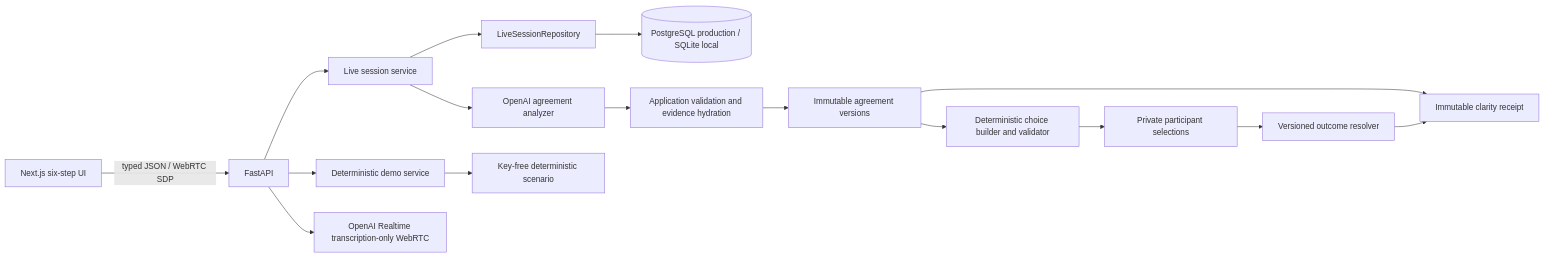
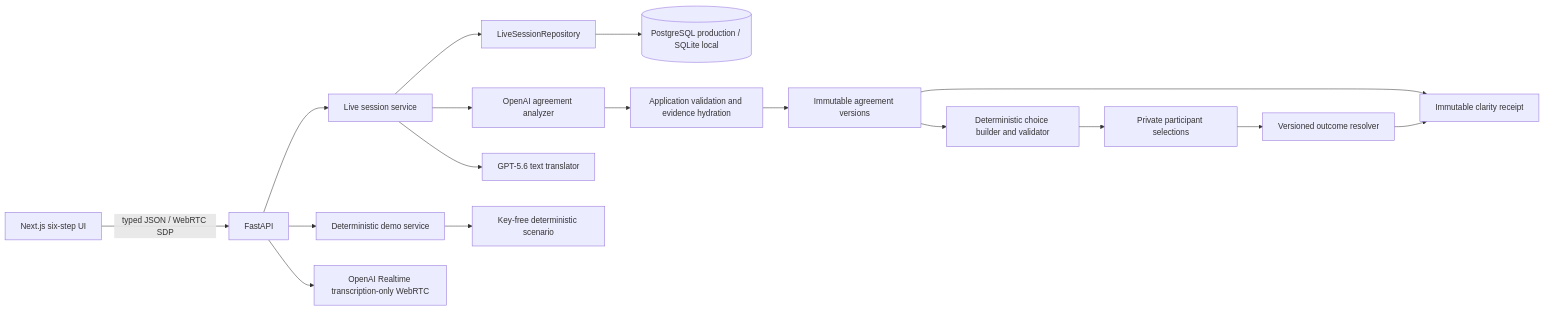
Before and after one commit to SarangMarkandey/meaning-sync: the first of 2 diagrams in docs/architecture.md, drawn with Mermaid. The commit also changed other lines of this file and 68 other files, not shown here.

Commit message:
feat: complete submission-ready bilingual MeaningSync flow

````diff
--- a/docs/architecture.md
+++ b/docs/architecture.md
@@ -19,18 +19,19 @@
 ```mermaid
 flowchart LR
   Browser[Next.js six-step UI] -->|typed JSON / WebRTC SDP| API[FastAPI]
   API --> Live[Live session service]
   Live --> Repo[LiveSessionRepository]
   Repo --> SQL[(PostgreSQL production / SQLite local)]
   API --> Demo[Deterministic demo service]
   Live --> Analyzer[OpenAI agreement analyzer]
   API --> Realtime[OpenAI Realtime transcription-only WebRTC]
+  Live --> Translator[GPT-5.6 text translator]
   Analyzer --> Validate[Application validation and evidence hydration]
   Validate --> Versions[Immutable agreement versions]
   Versions --> Questions[Deterministic choice builder and validator]
   Questions --> Selections[Private participant selections]
   Selections --> Outcomes[Versioned outcome resolver]
   Versions --> Receipt[Immutable clarity receipt]
   Outcomes --> Receipt
   Demo --> Fixture[Key-free deterministic scenario]
 ```
````
